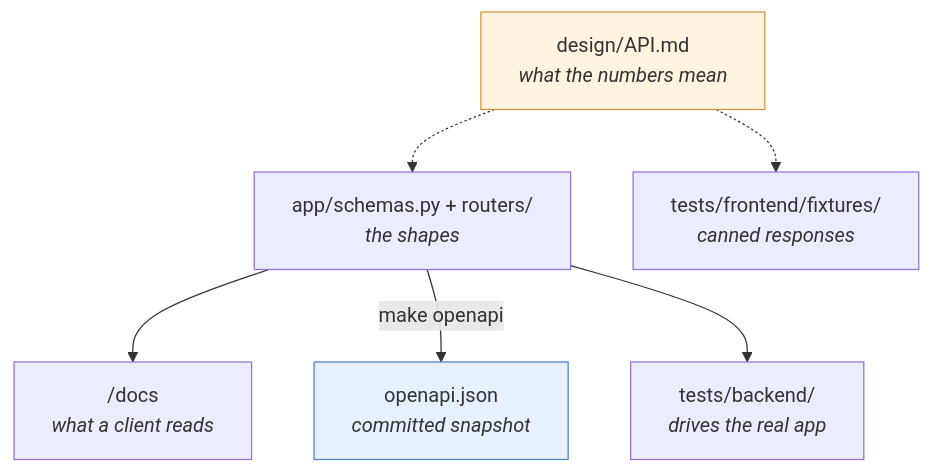
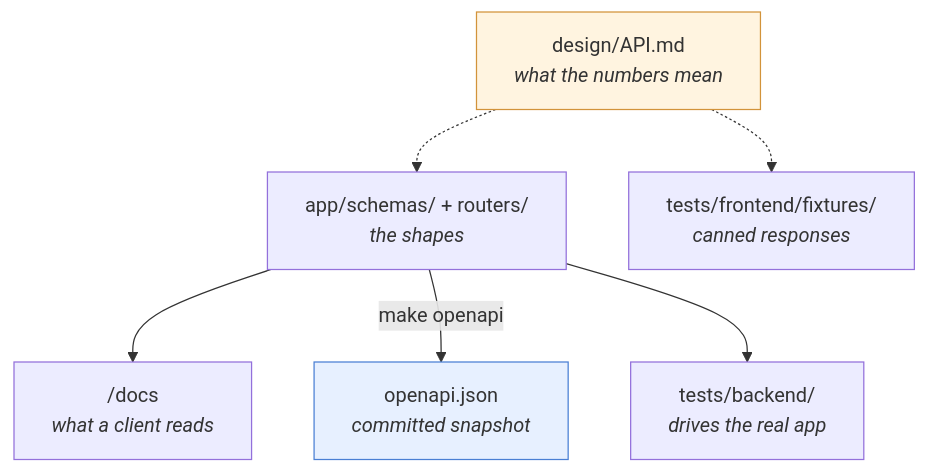
Before and after one commit to pehala/tripaccounter: the fifth of 7 diagrams in design/ARCHITECTURE.md, drawn with Mermaid. The commit also changed other lines of this file and 31 other files, not shown here.

First line of the commit message:
refactor(schemas): split schemas.py into a package

````diff
--- a/design/ARCHITECTURE.md
+++ b/design/ARCHITECTURE.md
@@ -188,18 +188,18 @@
 ```mermaid
 flowchart TD
-    schemas["app/schemas.py + routers/<br/><i>the shapes</i>"]
+    schemas["app/schemas/ + routers/<br/><i>the shapes</i>"]
     docs["/docs<br/><i>what a client reads</i>"]
     spec["openapi.json<br/><i>committed snapshot</i>"]
     apimd["design/API.md<br/><i>what the numbers mean</i>"]
     ffix["tests/frontend/fixtures/<br/><i>canned responses</i>"]
     be["tests/backend/<br/><i>drives the real app</i>"]
 
     schemas --> docs
     schemas -- "make openapi" --> spec
     schemas --> be
     apimd -.-> schemas
     apimd -.-> ffix
 
     style spec fill:#e7f0ff,stroke:#4a7fd4
     style apimd fill:#fff4e0,stroke:#d2933a
 ```
````
